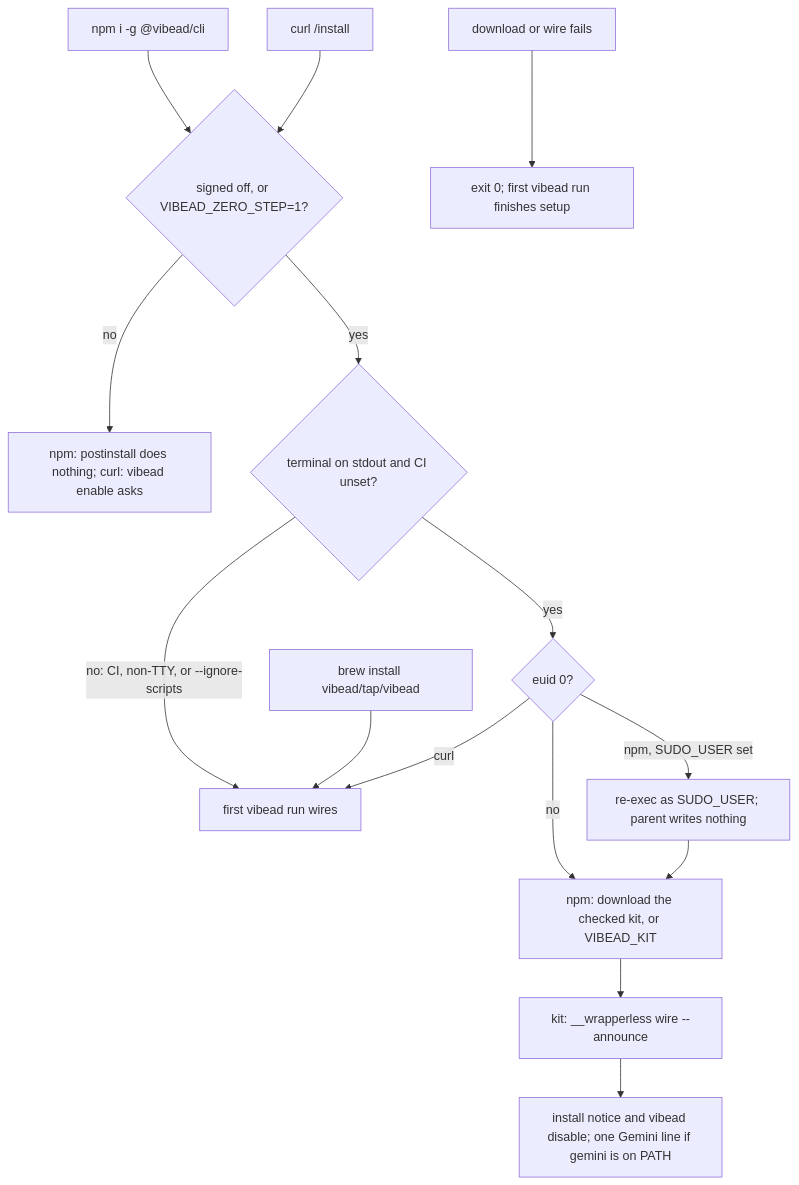
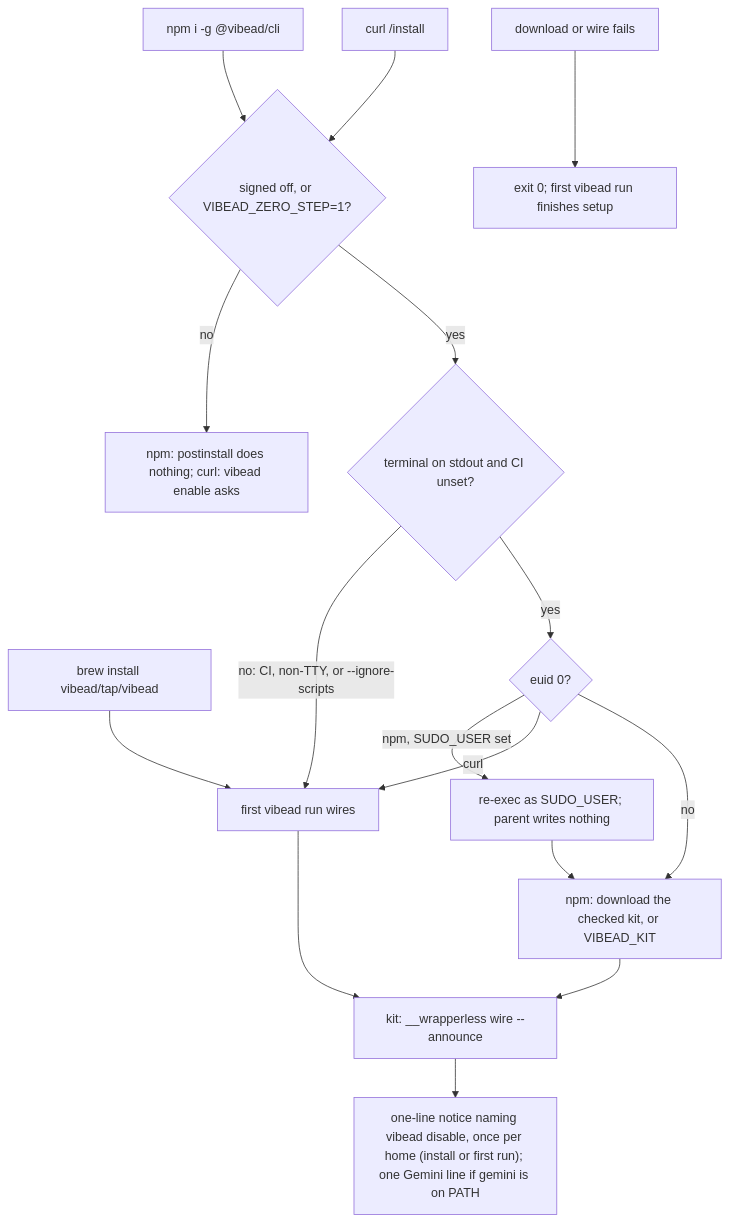
Before and after one commit to vibead/cli: the second of 3 diagrams in docs/system-design/README.md, drawn with Mermaid. The commit also changed other lines of this file and 3 other files, not shown here.

First line of the commit message:
Zero-step copy: agents connect on install or on the first vibead run

````diff
--- a/docs/system-design/README.md
+++ b/docs/system-design/README.md
@@ -66,17 +66,18 @@
 ```mermaid
 flowchart TD
   Npm["npm i -g @vibead/cli"] --> Signed{"signed off, or VIBEAD_ZERO_STEP=1?"}
   Curl["curl /install"] --> Signed
   Signed -- no --> Today["npm: postinstall does nothing; curl: vibead enable asks"]
   Signed -- yes --> Gate{"terminal on stdout and CI unset?"}
   Gate -- "no: CI, non-TTY, or --ignore-scripts" --> First["first vibead run wires"]
   Brew["brew install vibead/tap/vibead"] --> First
   Gate -- yes --> Drop{"euid 0?"}
   Drop -- "npm, SUDO_USER set" --> AsUser["re-exec as SUDO_USER; parent writes nothing"]
   Drop -- "curl" --> First
   Drop -- no --> Kit["npm: download the checked kit, or VIBEAD_KIT"]
   AsUser --> Kit
   Kit --> Wire["kit: __wrapperless wire --announce"]
-  Wire --> Notice["install notice and vibead disable; one Gemini line if gemini is on PATH"]
+  First --> Wire
+  Wire --> Notice["one-line notice naming vibead disable, once per home (install or first run); one Gemini line if gemini is on PATH"]
   Fail["download or wire fails"] --> Later["exit 0; first vibead run finishes setup"]
 ```
````
